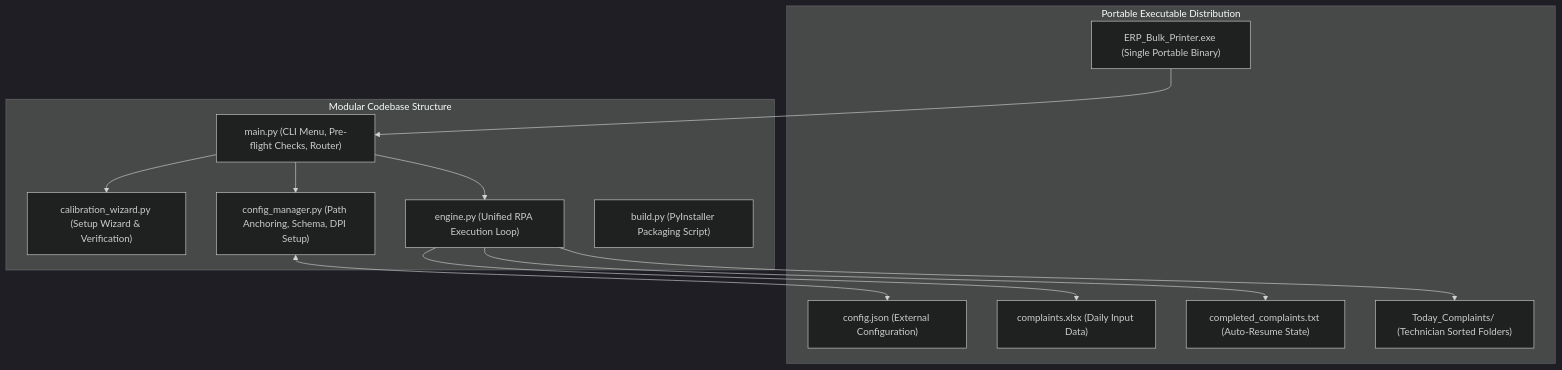
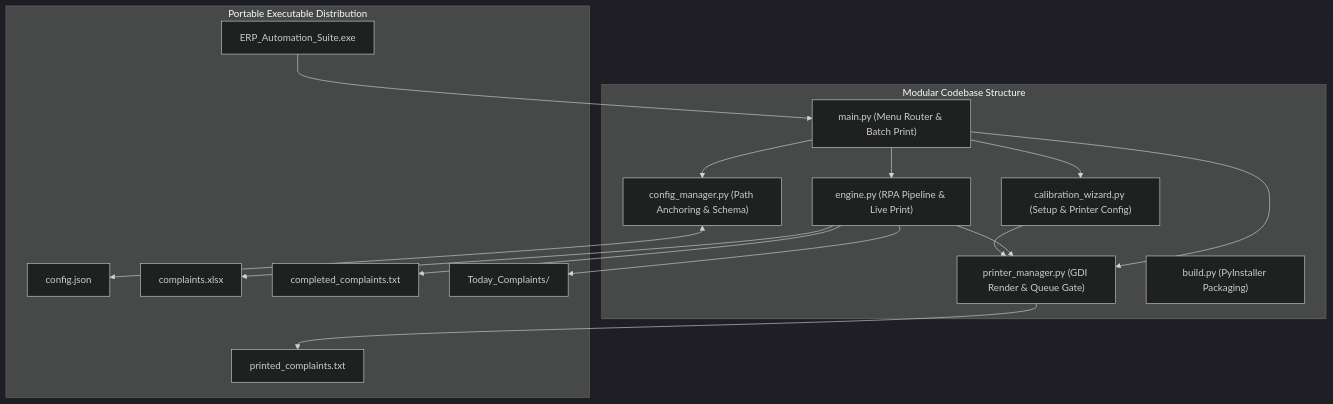
One commit to theeabrarrr/bulk_printing changed the diagram in PRD.md. Above: the diagram before and after it, drawn with Mermaid (dark theme). The commit also changed other lines of this file and 1 other file, not shown here.

````diff
--- a/PRD.md
+++ b/PRD.md
@@ -43,27 +49,33 @@
 ```mermaid
 flowchart TD
     subgraph Distribution ["Portable Executable Distribution"]
-        EXE["ERP_Bulk_Printer.exe (Single Portable Binary)"]
-        CFG["config.json (External Configuration)"]
-        XLSX["complaints.xlsx (Daily Input Data)"]
-        TXT["completed_complaints.txt (Auto-Resume State)"]
-        OUT["Today_Complaints/ (Technician Sorted Folders)"]
+        EXE["ERP_Automation_Suite.exe"]
+        CFG["config.json"]
+        XLSX["complaints.xlsx"]
+        TXT["completed_complaints.txt"]
+        PTXT["printed_complaints.txt"]
+        OUT["Today_Complaints/"]
     end
 
     subgraph CoreEngine ["Modular Codebase Structure"]
-        MAIN["main.py (CLI Menu, Pre-flight Checks, Router)"]
-        SETUP["calibration_wizard.py (Setup Wizard & Verification)"]
-        ENGINE["engine.py (Unified RPA Execution Loop)"]
-        CFGMGR["config_manager.py (Path Anchoring, Schema, DPI Setup)"]
-        BUILD["build.py (PyInstaller Packaging Script)"]
+        MAIN["main.py (Menu Router & Batch Print)"]
+        SETUP["calibration_wizard.py (Setup & Printer Config)"]
+        ENGINE["engine.py (RPA Pipeline & Live Print)"]
+        PRINTMGR["printer_manager.py (GDI Render & Queue Gate)"]
+        CFGMGR["config_manager.py (Path Anchoring & Schema)"]
+        BUILD["build.py (PyInstaller Packaging)"]
     end
 
     EXE --> MAIN
     MAIN --> CFGMGR
     MAIN --> SETUP
     MAIN --> ENGINE
+    MAIN --> PRINTMGR
+    ENGINE --> PRINTMGR
+    SETUP --> PRINTMGR
     CFGMGR <--> CFG
     ENGINE --> XLSX
     ENGINE --> TXT
     ENGINE --> OUT
+    PRINTMGR --> PTXT
 ```
````
